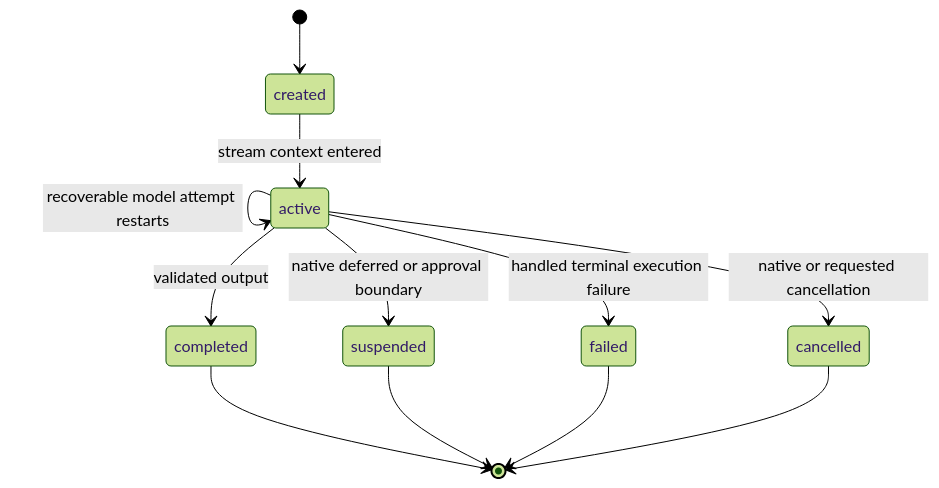
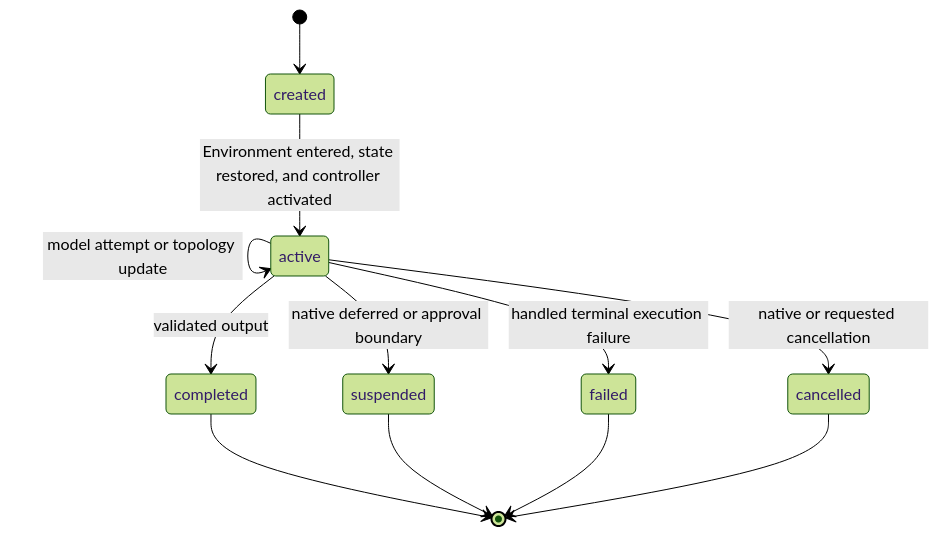
One commit to LTThreeComma/agent-foundation changed the first of 2 diagrams in spec/agent-harness/06-execution-context-and-lifecycle.md. Above: the diagram before and after it, drawn with Mermaid (forest theme). The commit also changed other lines of this file and 25 other files, not shown here.

````diff
--- a/spec/agent-harness/06-execution-context-and-lifecycle.md
+++ b/spec/agent-harness/06-execution-context-and-lifecycle.md
@@ -54,14 +56,14 @@
 ```mermaid
 stateDiagram-v2
     [*] --> created
-    created --> active: stream context entered
-    active --> active: recoverable model attempt restarts
+    created --> active: Environment entered, state restored, and controller activated
+    active --> active: model attempt or topology update
     active --> completed: validated output
     active --> suspended: native deferred or approval boundary
     active --> failed: handled terminal execution failure
     active --> cancelled: native or requested cancellation
     completed --> [*]
     suspended --> [*]
     failed --> [*]
     cancelled --> [*]
 ```
````
